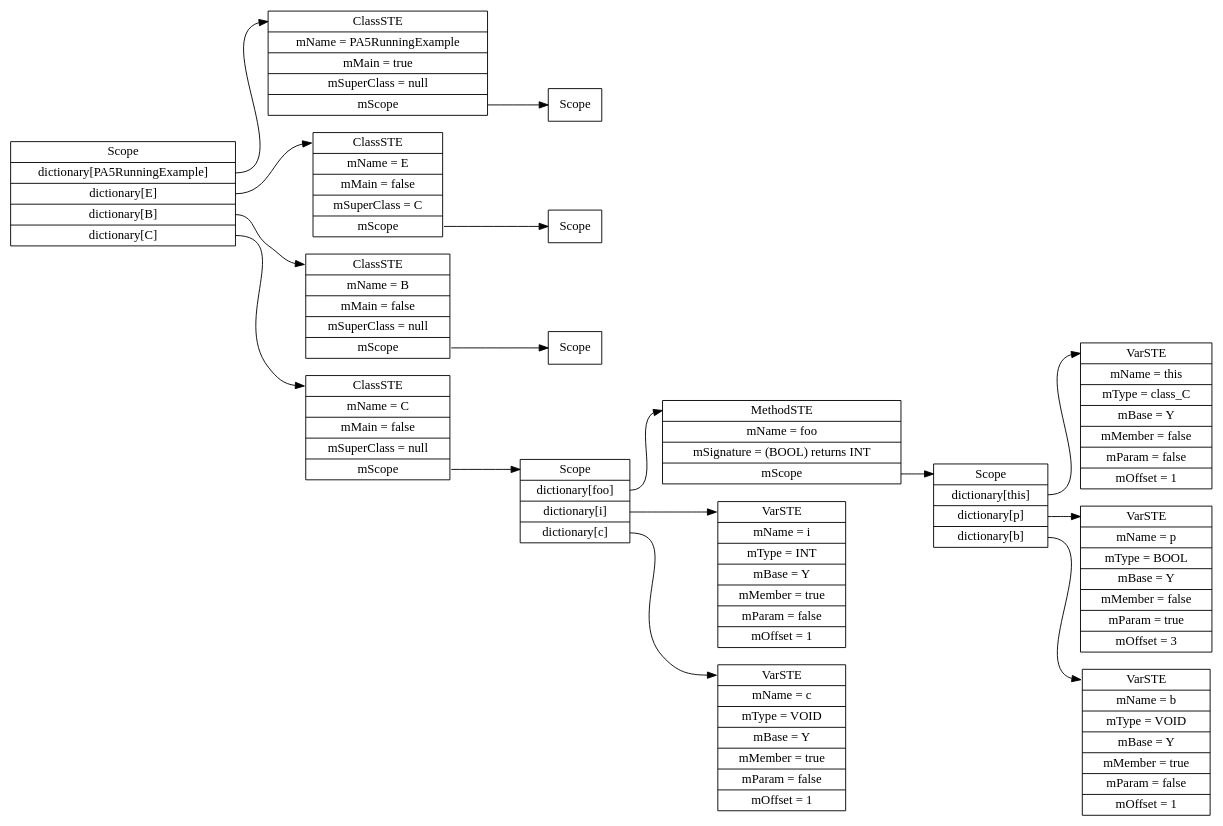
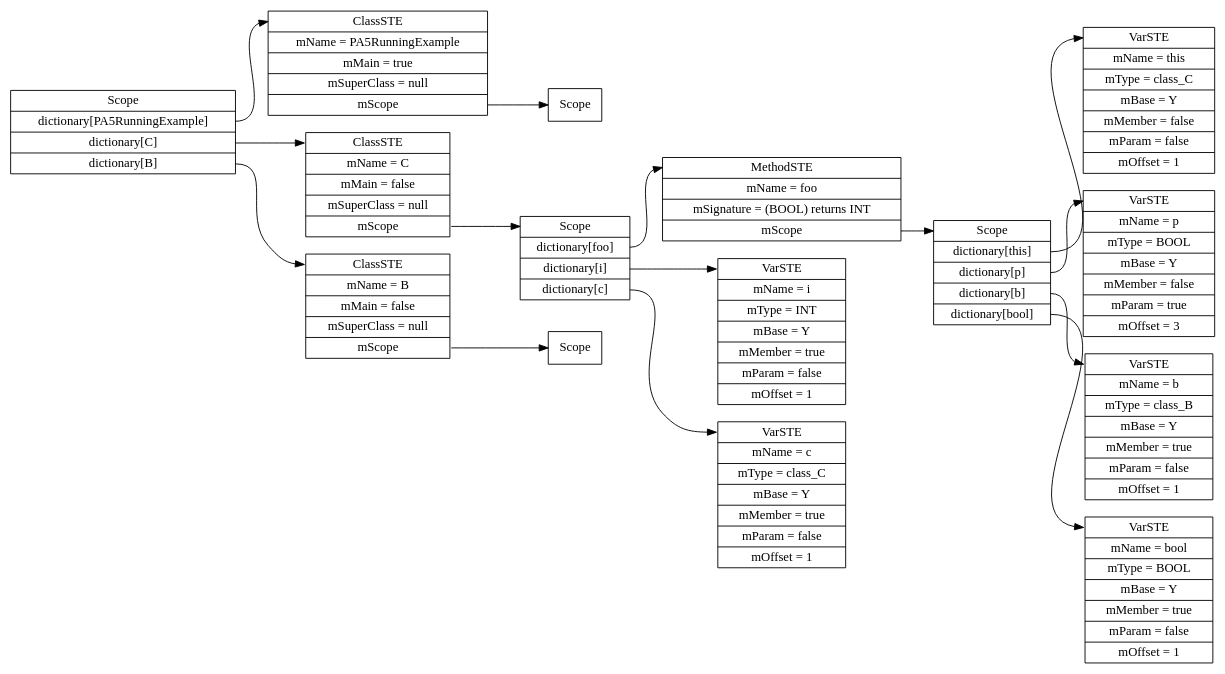
The diagram in PA5Tests/PA5RunningExample.java.ST.dot (karmaUdel/Meggy-Java-Compiler), drawn with Graphviz before and after one commit. The commit also changed 16 other files, not shown here.

```diff
--- a/PA5Tests/PA5RunningExample.java.ST.dot
+++ b/PA5Tests/PA5RunningExample.java.ST.dot
@@ -1,35 +1,33 @@
 digraph SymTable {
 	graph [rankdir="LR"];
 	node [shape=record];
-	0 [label=" <f0> Scope | <f1> dictionary\[PA5RunningExample\] | <f2> dictionary\[E\] | <f3> dictionary\[B\] | <f4> dictionary\[C\] "];
+	0 [label=" <f0> Scope | <f1> dictionary\[PA5RunningExample\] | <f2> dictionary\[C\] | <f3> dictionary\[B\] "];
 	0:<f1> -> 1:<f0>;
 	1 [label=" <f0> ClassSTE | <f1> mName = PA5RunningExample| <f2> mMain = true| <f3> mSuperClass = null| <f4> mScope "];
 	1:<f4> -> 2:<f0>;
 	2 [label=" <f0> Scope "];
 	0:<f2> -> 3:<f0>;
-	3 [label=" <f0> ClassSTE | <f1> mName = E| <f2> mMain = false| <f3> mSuperClass = C| <f4> mScope "];
+	3 [label=" <f0> ClassSTE | <f1> mName = C| <f2> mMain = false| <f3> mSuperClass = null| <f4> mScope "];
 	3:<f4> -> 4:<f0>;
-	4 [label=" <f0> Scope "];
-	0:<f3> -> 5:<f0>;
-	5 [label=" <f0> ClassSTE | <f1> mName = B| <f2> mMain = false| <f3> mSuperClass = null| <f4> mScope "];
-	5:<f4> -> 6:<f0>;
-	6 [label=" <f0> Scope "];
-	0:<f4> -> 7:<f0>;
-	7 [label=" <f0> ClassSTE | <f1> mName = C| <f2> mMain = false| <f3> mSuperClass = null| <f4> mScope "];
-	7:<f4> -> 8:<f0>;
-	8 [label=" <f0> Scope | <f1> dictionary\[foo\] | <f2> dictionary\[i\] | <f3> dictionary\[c\] "];
-	8:<f1> -> 9:<f0>;
-	9 [label=" <f0> MethodSTE | <f1> mName = foo| <f2> mSignature = (BOOL) returns INT| <f3> mScope "];
-	9:<f3> -> 10:<f0>;
-	10 [label=" <f0> Scope | <f1> dictionary\[this\] | <f2> dictionary\[p\] | <f3> dictionary\[b\] "];
-	10:<f1> -> 11:<f0>;
-	11 [label=" <f0> VarSTE | <f1> mName = this| <f2> mType = class_C| <f3> mBase = Y| <f4> mMember = false| <f5> mParam = false| <f6> mOffset = 1"];
-	10:<f2> -> 12:<f0>;
-	12 [label=" <f0> VarSTE | <f1> mName = p| <f2> mType = BOOL| <f3> mBase = Y| <f4> mMember = false| <f5> mParam = true| <f6> mOffset = 3"];
-	10:<f3> -> 13:<f0>;
-	13 [label=" <f0> VarSTE | <f1> mName = b| <f2> mType = VOID| <f3> mBase = Y| <f4> mMember = true| <f5> mParam = false| <f6> mOffset = 1"];
-	8:<f2> -> 14:<f0>;
-	14 [label=" <f0> VarSTE | <f1> mName = i| <f2> mType = INT| <f3> mBase = Y| <f4> mMember = true| <f5> mParam = false| <f6> mOffset = 1"];
-	8:<f3> -> 15:<f0>;
-	15 [label=" <f0> VarSTE | <f1> mName = c| <f2> mType = VOID| <f3> mBase = Y| <f4> mMember = true| <f5> mParam = false| <f6> mOffset = 1"];
+	4 [label=" <f0> Scope | <f1> dictionary\[foo\] | <f2> dictionary\[i\] | <f3> dictionary\[c\] "];
+	4:<f1> -> 5:<f0>;
+	5 [label=" <f0> MethodSTE | <f1> mName = foo| <f2> mSignature = (BOOL) returns INT| <f3> mScope "];
+	5:<f3> -> 6:<f0>;
+	6 [label=" <f0> Scope | <f1> dictionary\[this\] | <f2> dictionary\[p\] | <f3> dictionary\[b\] | <f4> dictionary\[bool\] "];
+	6:<f1> -> 7:<f0>;
+	7 [label=" <f0> VarSTE | <f1> mName = this| <f2> mType = class_C| <f3> mBase = Y| <f4> mMember = false| <f5> mParam = false| <f6> mOffset = 1"];
+	6:<f2> -> 8:<f0>;
+	8 [label=" <f0> VarSTE | <f1> mName = p| <f2> mType = BOOL| <f3> mBase = Y| <f4> mMember = false| <f5> mParam = true| <f6> mOffset = 3"];
+	6:<f3> -> 9:<f0>;
+	9 [label=" <f0> VarSTE | <f1> mName = b| <f2> mType = class_B| <f3> mBase = Y| <f4> mMember = true| <f5> mParam = false| <f6> mOffset = 1"];
+	6:<f4> -> 10:<f0>;
+	10 [label=" <f0> VarSTE | <f1> mName = bool| <f2> mType = BOOL| <f3> mBase = Y| <f4> mMember = true| <f5> mParam = false| <f6> mOffset = 1"];
+	4:<f2> -> 11:<f0>;
+	11 [label=" <f0> VarSTE | <f1> mName = i| <f2> mType = INT| <f3> mBase = Y| <f4> mMember = true| <f5> mParam = false| <f6> mOffset = 1"];
+	4:<f3> -> 12:<f0>;
+	12 [label=" <f0> VarSTE | <f1> mName = c| <f2> mType = class_C| <f3> mBase = Y| <f4> mMember = true| <f5> mParam = false| <f6> mOffset = 1"];
+	0:<f3> -> 13:<f0>;
+	13 [label=" <f0> ClassSTE | <f1> mName = B| <f2> mMain = false| <f3> mSuperClass = null| <f4> mScope "];
+	13:<f4> -> 14:<f0>;
+	14 [label=" <f0> Scope "];
 }
```
